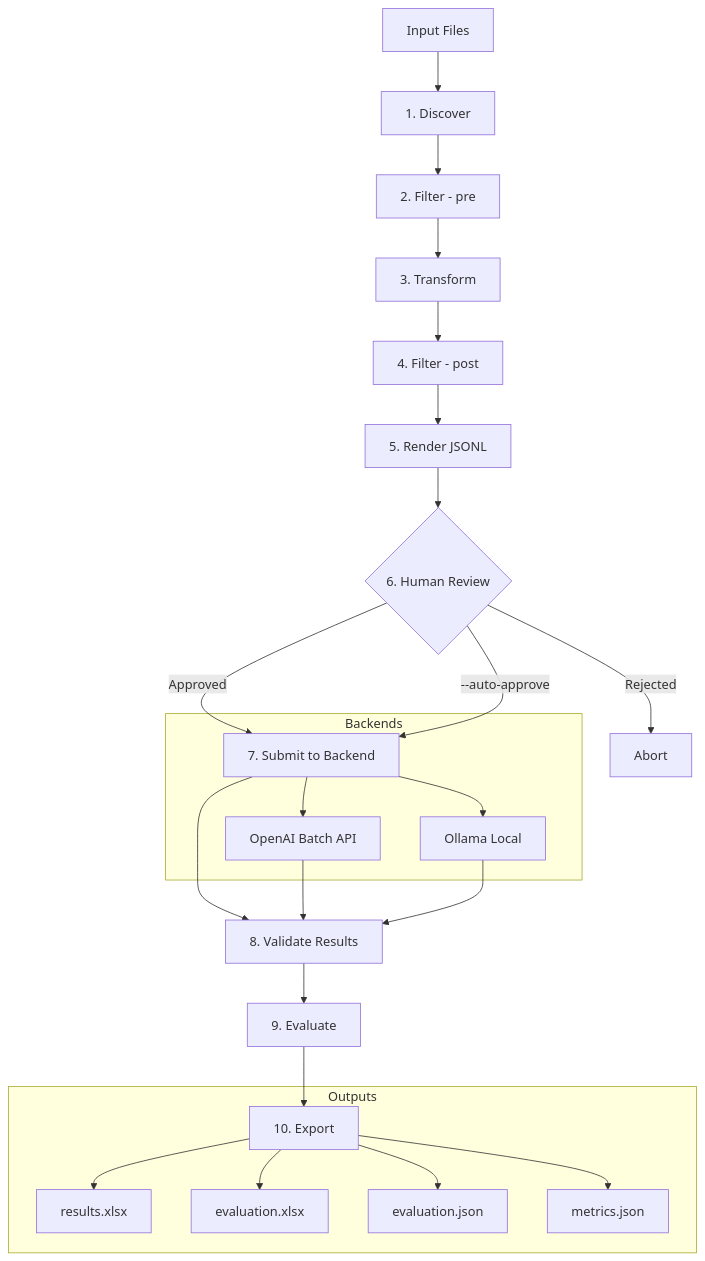
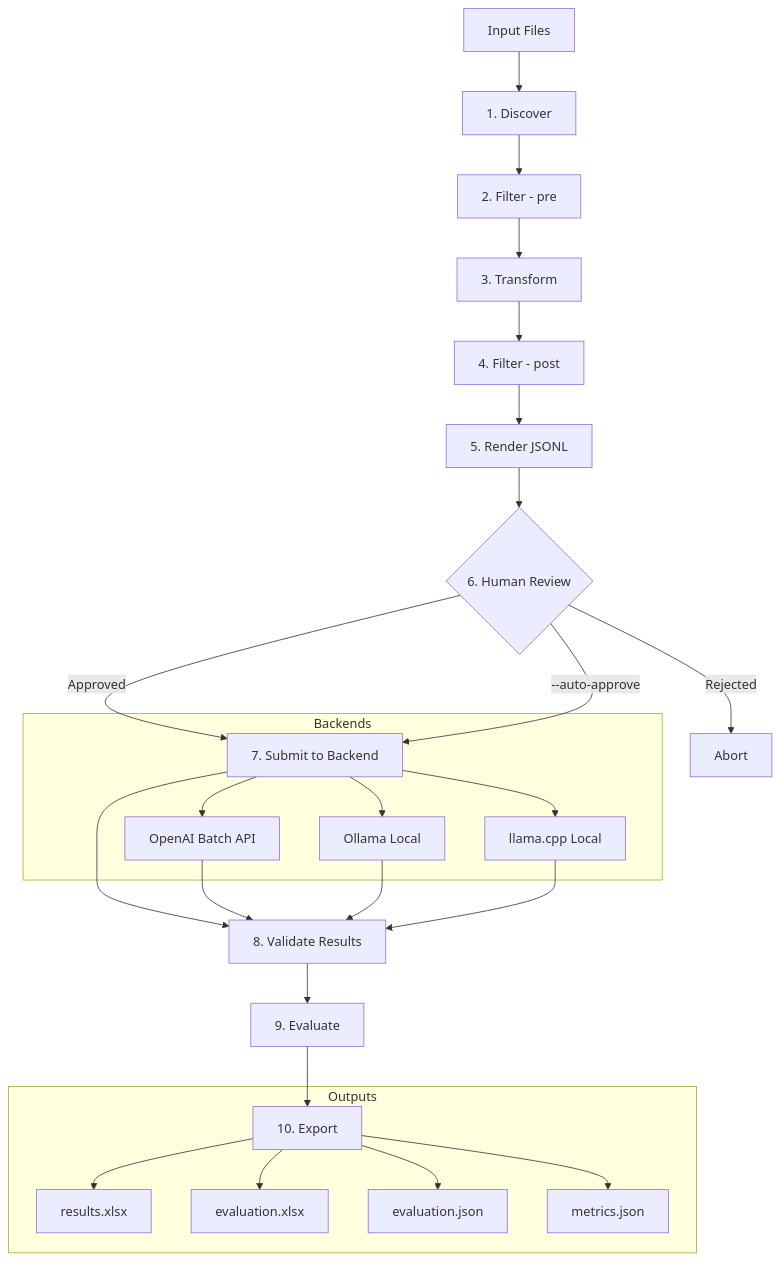
Before and after one commit to EC-DIGIT-CSIRC/llm_batch_pipeliner: the diagram in README.md, drawn with Mermaid. The commit also changed other lines of this file and 37 other files, not shown here.

Commit message:
add llama.cpp as backend, fix some vllm backend things

````diff
--- a/README.md
+++ b/README.md
@@ -8,30 +8,32 @@
 ```mermaid
 flowchart TD
     A[Input Files] --> B[1. Discover]
     B --> C[2. Filter - pre]
     C --> D[3. Transform]
     D --> E[4. Filter - post]
     E --> F[5. Render JSONL]
     F --> G{6. Human Review}
     G -->|Approved| H[7. Submit to Backend]
     G -->|--auto-approve| H
     G -->|Rejected| Z[Abort]
     H --> I[8. Validate Results]
     I --> J[9. Evaluate]
     J --> K[10. Export]
 
     subgraph Backends
         H --> H1[OpenAI Batch API]
         H --> H2[Ollama Local]
+        H --> H3[llama.cpp Local]
     end
 
     H1 --> I
     H2 --> I
+    H3 --> I
 
     subgraph Outputs
         K --> K1[results.xlsx]
         K --> K2[evaluation.xlsx]
         K --> K3[evaluation.json]
         K --> K4[metrics.json]
     end
 ```
````
